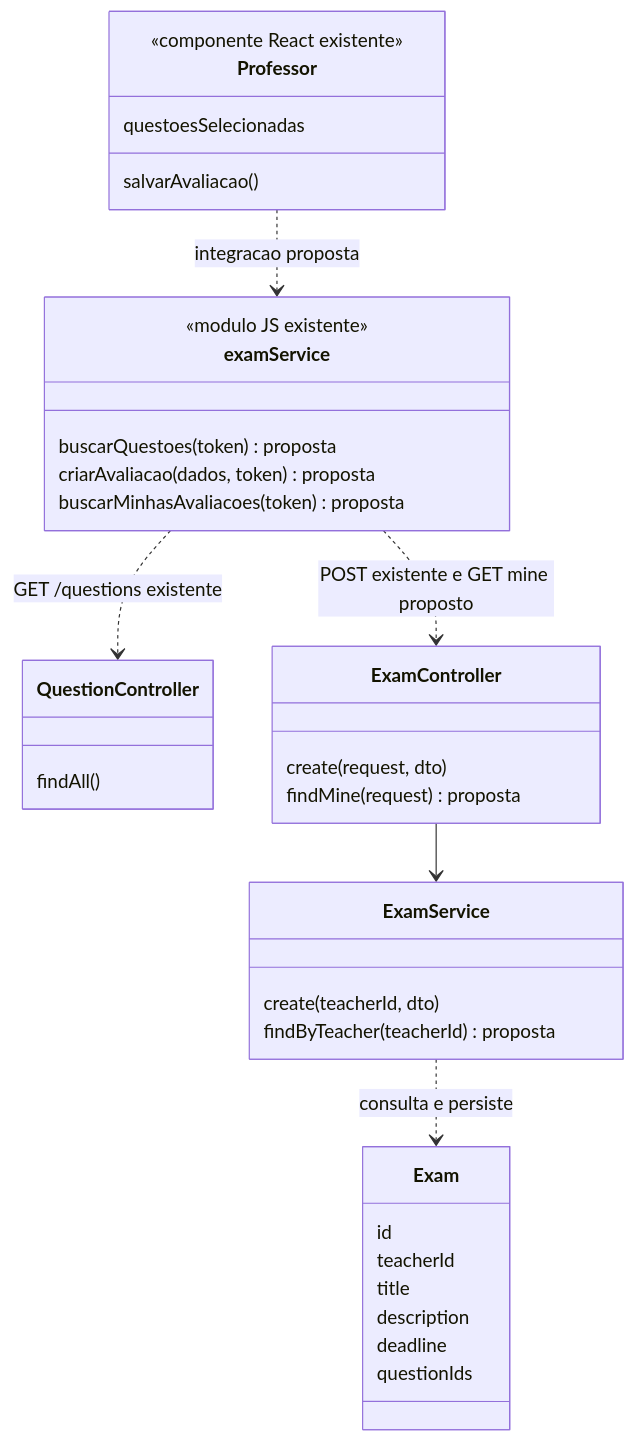
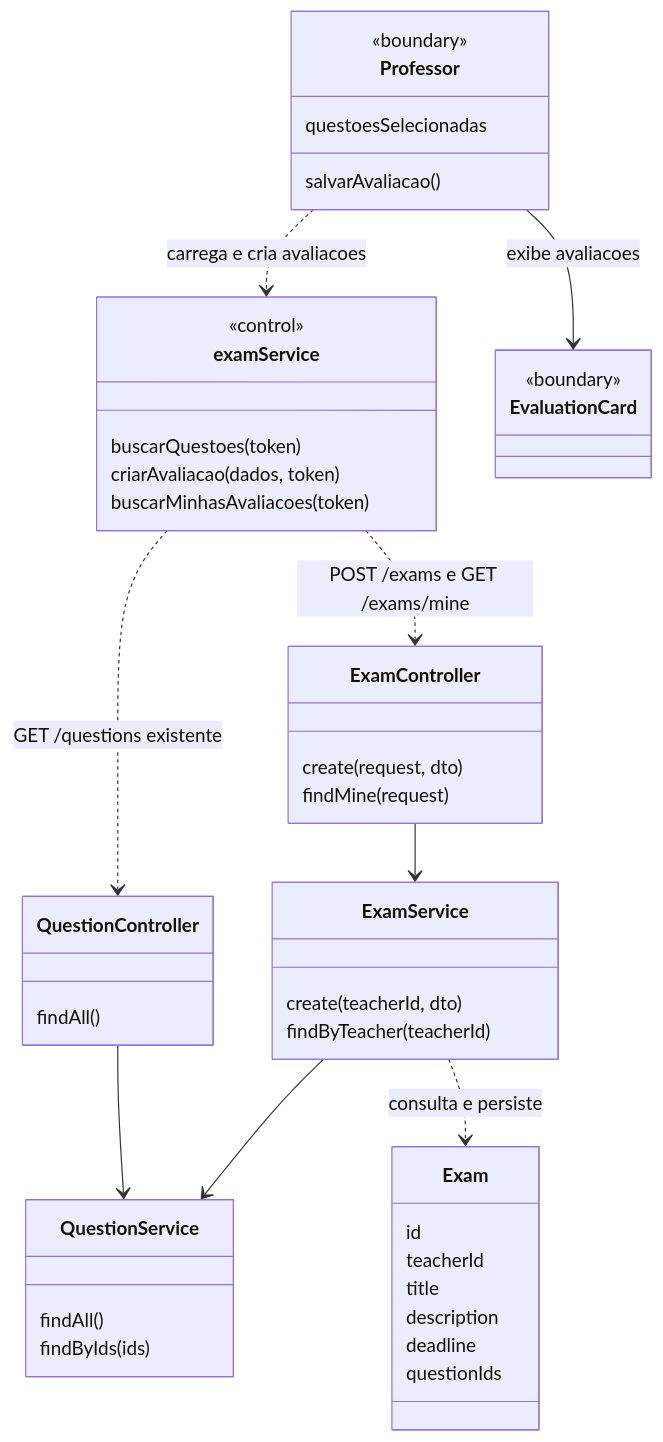
The first of 2 diagrams in docs/08-criar-avaliacao.md (p-v-dev/PIM-IV), drawn with Mermaid before and after one commit. The commit also changed other lines of this file and 21 other files, not shown here.

Commit message:
Criação da UML e termino de criação da Web

````diff
--- a/docs/08-criar-avaliacao.md
+++ b/docs/08-criar-avaliacao.md
@@ -154,38 +140,48 @@
 ```mermaid
 classDiagram
     class Professor {
-        <<componente React existente>>
+        <<boundary>>
         salvarAvaliacao()
         questoesSelecionadas
     }
     class examService {
-        <<modulo JS existente>>
-        buscarQuestoes(token) proposta
-        criarAvaliacao(dados, token) proposta
-        buscarMinhasAvaliacoes(token) proposta
+        <<control>>
+        buscarQuestoes(token)
+        criarAvaliacao(dados, token)
+        buscarMinhasAvaliacoes(token)
     }
     class QuestionController {
         findAll()
     }
+    class EvaluationCard {
+        <<boundary>>
+    }
+    class QuestionService {
+        findAll()
+        findByIds(ids)
+    }
     class ExamController {
         create(request, dto)
-        findMine(request) proposta
+        findMine(request)
     }
     class ExamService {
         create(teacherId, dto)
-        findByTeacher(teacherId) proposta
+        findByTeacher(teacherId)
     }
     class Exam {
         id
         teacherId
         title
         description
         deadline
         questionIds
     }
-    Professor ..> examService : integracao proposta
+    Professor ..> examService : carrega e cria avaliacoes
+    Professor --> EvaluationCard : exibe avaliacoes
     examService ..> QuestionController : GET /questions existente
-    examService ..> ExamController : POST existente e GET mine proposto
+    QuestionController --> QuestionService
+    examService ..> ExamController : POST /exams e GET /exams/mine
     ExamController --> ExamService
+    ExamService --> QuestionService
     ExamService ..> Exam : consulta e persiste
 ```
````
